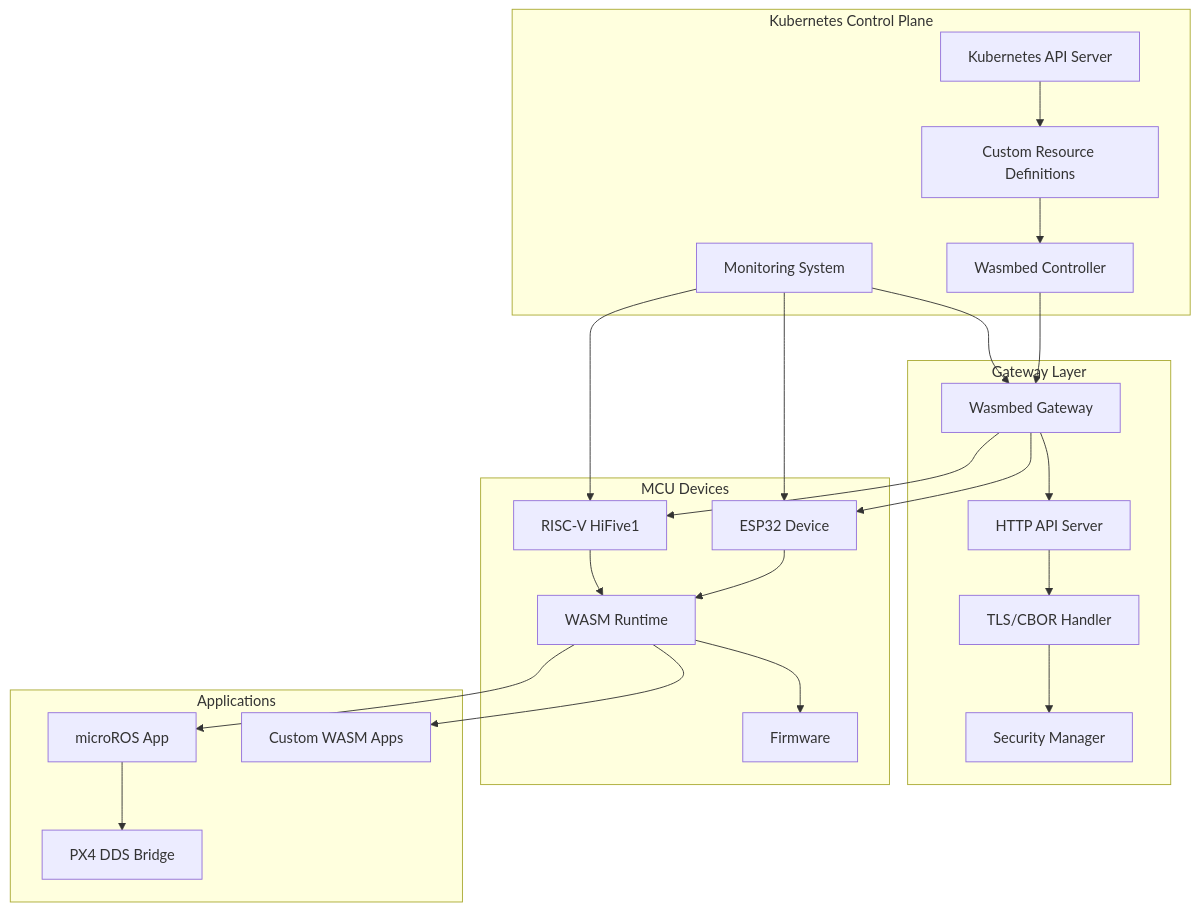
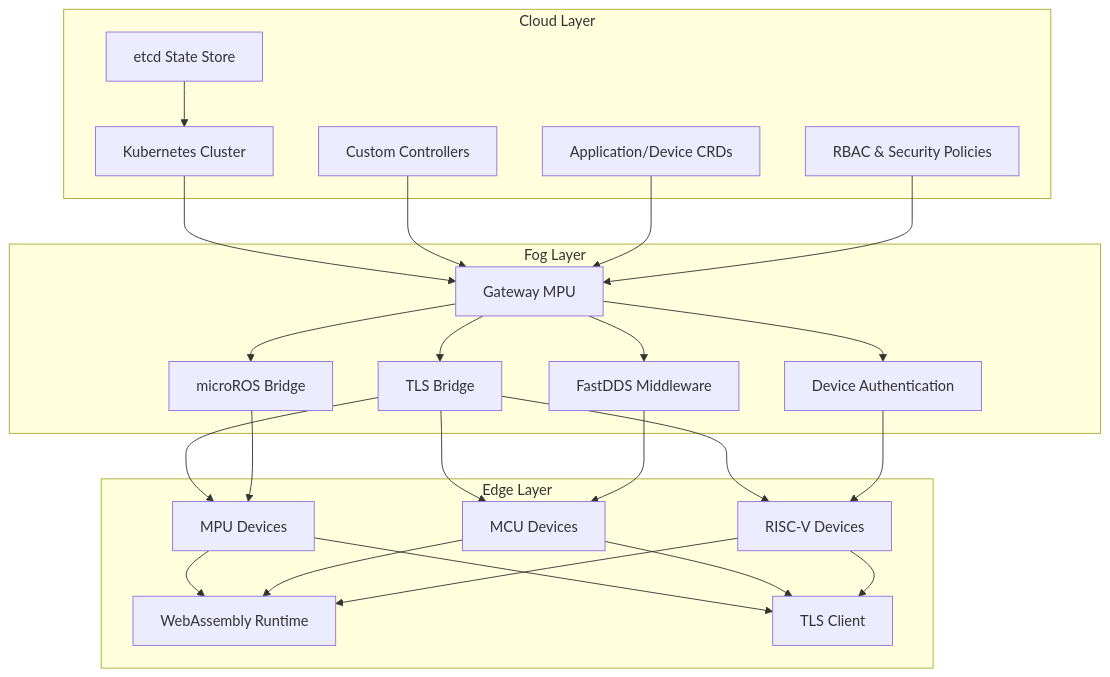
The first of 4 diagrams in README.md (lucadagati/retrospect), drawn with Mermaid before and after one commit. The commit also changed other lines of this file and 132 other files, not shown here.

First line of the commit message:
Complete documentation overhaul with Mermaid diagrams

````diff
--- a/README.md
+++ b/README.md
@@ -27,50 +34,51 @@
 ```mermaid
 graph TB
-    subgraph "Kubernetes Control Plane"
-        K8S[Kubernetes API Server]
-        CRD[Custom Resource Definitions]
-        CTRL[Wasmbed Controller]
-        MON[Monitoring System]
+    subgraph "Cloud Layer"
+        K8S[Kubernetes Cluster]
+        CTRL[Custom Controllers]
+        CRD[Application/Device CRDs]
+        RBAC[RBAC & Security Policies]
+        ETCD[etcd State Store]
     end
     
-    subgraph "Gateway Layer"
-        GW[Wasmbed Gateway]
-        API[HTTP API Server]
-        TLS[TLS/CBOR Handler]
-        SEC[Security Manager]
+    subgraph "Fog Layer"
+        GW[Gateway MPU]
+        TLS[TLS Bridge]
+        MR[microROS Bridge]
+        FDDS[FastDDS Middleware]
+        AUTH[Device Authentication]
     end
     
-    subgraph "MCU Devices"
-        ESP32[ESP32 Device]
-        RISC[RISC-V HiFive1]
-        WASM[WASM Runtime]
-        FW[Firmware]
+    subgraph "Edge Layer"
+        MPU[MPU Devices]
+        MCU[MCU Devices]
+        RISCV[RISC-V Devices]
+        WASM[WebAssembly Runtime]
+        TLS_CLIENT[TLS Client]
     end
     
-    subgraph "Applications"
-        MICRO[microROS App]
-        PX4[PX4 DDS Bridge]
-        CUSTOM[Custom WASM Apps]
-    end
+    K8S --> GW
+    CTRL --> GW
+    CRD --> GW
+    RBAC --> GW
+    ETCD --> K8S
     
-    K8S --> CRD
-    CRD --> CTRL
-    CTRL --> GW
-    GW --> API
-    API --> TLS
-    TLS --> SEC
+    GW --> TLS
+    GW --> MR
+    GW --> FDDS
+    GW --> AUTH
     
-    GW --> ESP32
-    GW --> RISC
-    ESP32 --> WASM
-    RISC --> WASM
-    WASM --> FW
+    TLS --> MPU
+    TLS --> MCU
+    TLS --> RISCV
+    MR --> MPU
+    FDDS --> MCU
+    AUTH --> RISCV
     
-    WASM --> MICRO
-    MICRO --> PX4
-    WASM --> CUSTOM
-    
-    MON --> GW
-    MON --> ESP32
-    MON --> RISC
+    MPU --> WASM
+    MCU --> WASM
+    RISCV --> WASM
+    MPU --> TLS_CLIENT
+    MCU --> TLS_CLIENT
+    RISCV --> TLS_CLIENT
 ```
````
